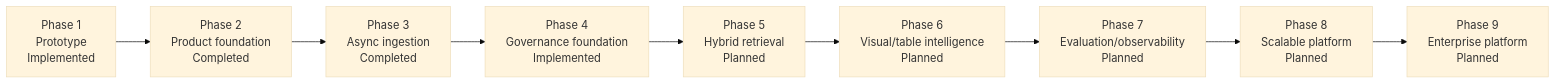
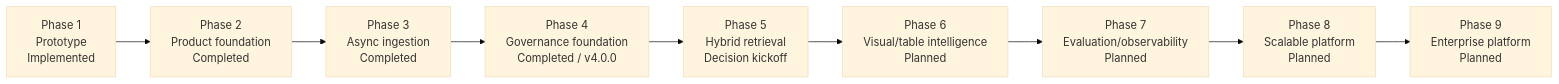
One commit to mvyas412/ai-projects changed the second of 11 diagrams in mm-rag-full-stack-genai-bootcamp-3.0/docs/architecture/ARCHITECTURE.md. Above: the diagram before and after it, drawn with Mermaid (base theme). The commit also changed other lines of this file and 9 other files, not shown here.

Commit message:
docs(mm-rag): kick off Phase 5 retrieval decisions

````diff
--- a/mm-rag-full-stack-genai-bootcamp-3.0/docs/architecture/ARCHITECTURE.md
+++ b/mm-rag-full-stack-genai-bootcamp-3.0/docs/architecture/ARCHITECTURE.md
@@ -164,12 +164,12 @@
 ```mermaid
 flowchart LR
     p1["Phase 1<br/>Prototype<br/>Implemented"] -->
     p2["Phase 2<br/>Product foundation<br/>Completed"] -->
     p3["Phase 3<br/>Async ingestion<br/>Completed"] -->
-    p4["Phase 4<br/>Governance foundation<br/>Implemented"] -->
-    p5["Phase 5<br/>Hybrid retrieval<br/>Planned"] -->
+    p4["Phase 4<br/>Governance foundation<br/>Completed / v4.0.0"] -->
+    p5["Phase 5<br/>Hybrid retrieval<br/>Decision kickoff"] -->
     p6["Phase 6<br/>Visual/table intelligence<br/>Planned"] -->
     p7["Phase 7<br/>Evaluation/observability<br/>Planned"] -->
     p8["Phase 8<br/>Scalable platform<br/>Planned"] -->
     p9["Phase 9<br/>Enterprise platform<br/>Planned"]
 ```
````
